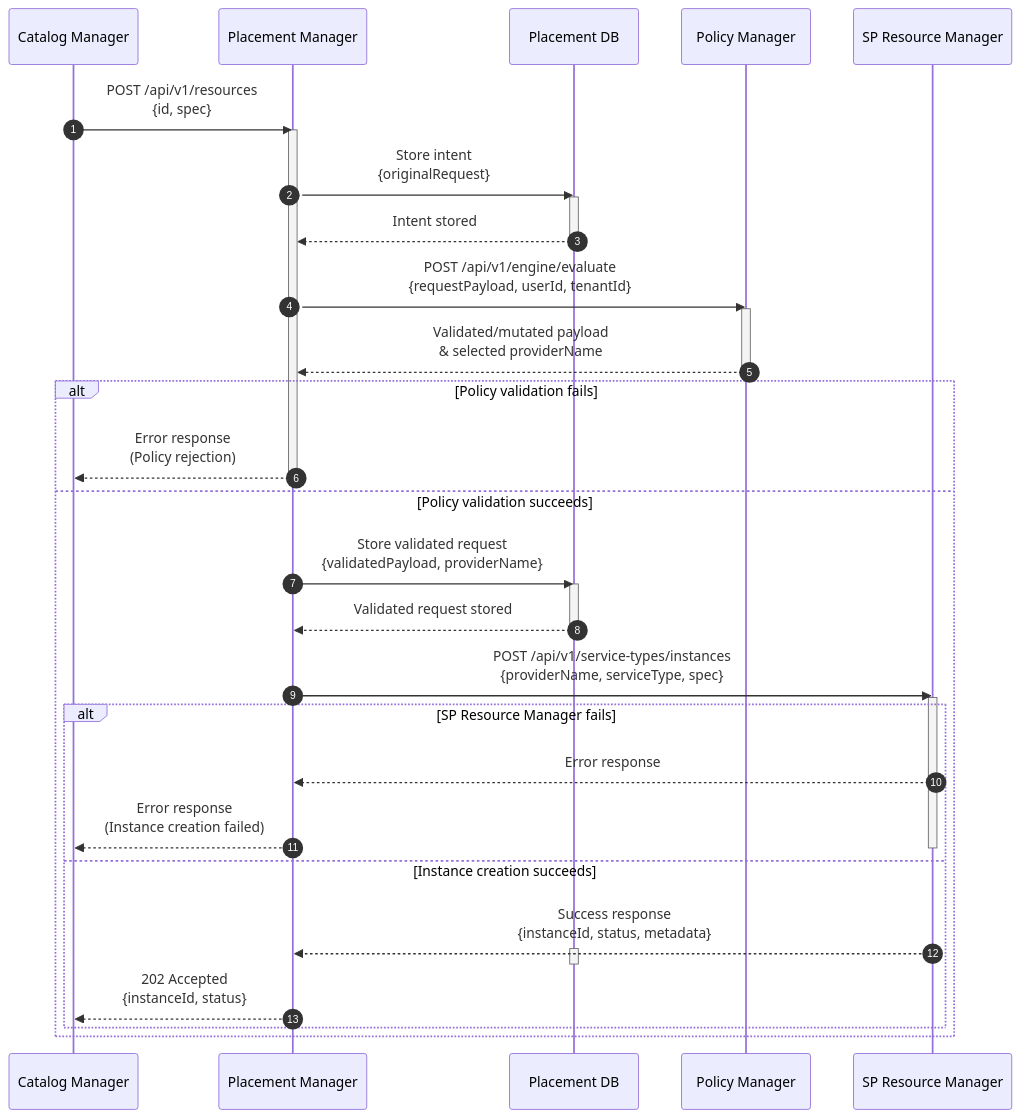
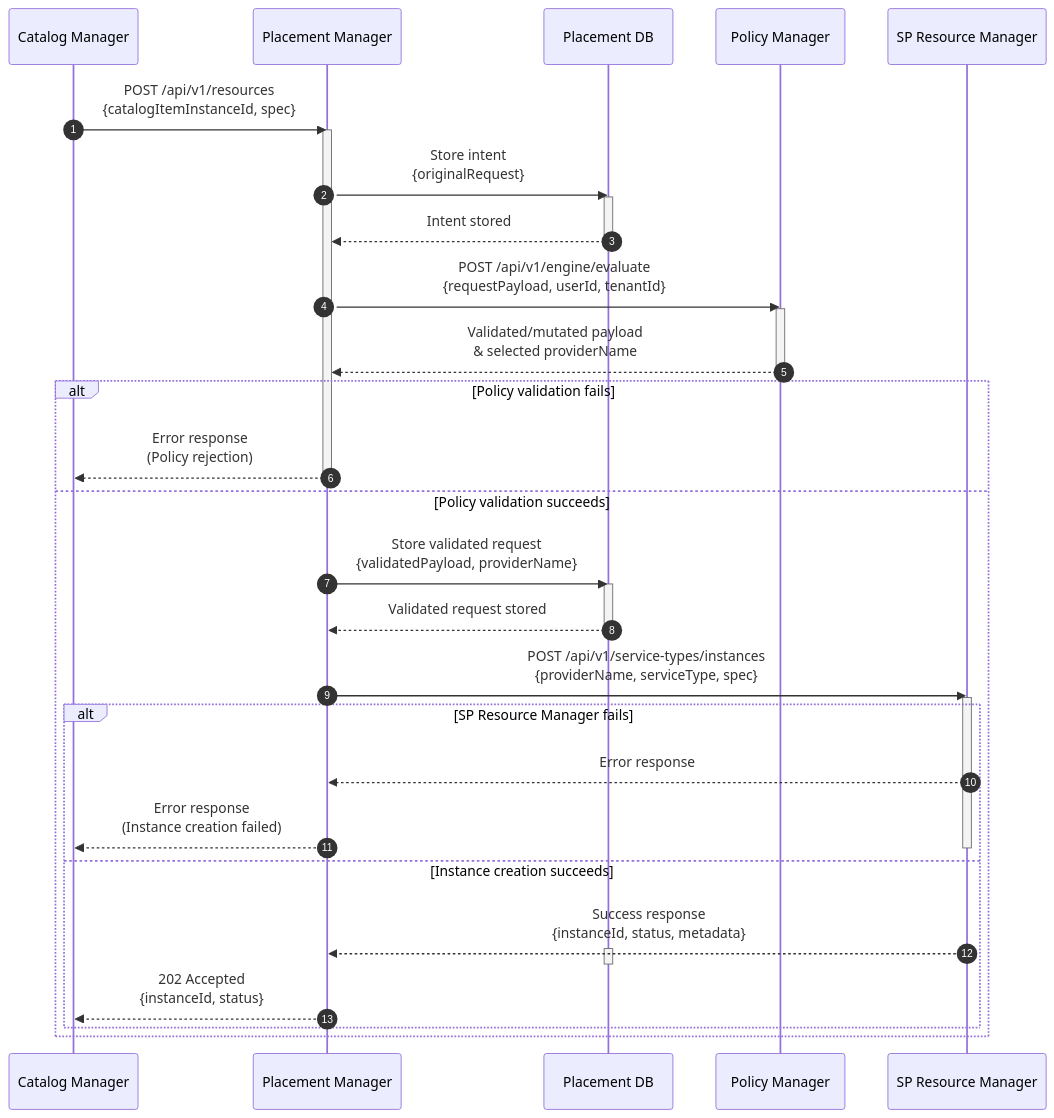
The second of 2 diagrams in enhancements/placement-manager/placement-manager.md (dcm-project/enhancements), drawn with Mermaid before and after one commit. The commit also changed other lines of this file, not shown here.

````diff
--- a/enhancements/placement-manager/placement-manager.md
+++ b/enhancements/placement-manager/placement-manager.md
@@ -286,51 +311,51 @@
 ```mermaid
 sequenceDiagram
     autonumber
     participant CM as Catalog Manager
     participant PM as Placement Manager
     participant DB as Placement DB
     participant PE as Policy Manager
     participant SPRM as SP Resource Manager
 
-    CM->>PM: POST /api/v1/resources<br/>{id, spec}
+    CM->>PM: POST /api/v1/resources<br/>{catalogItemInstanceId, spec}
     activate PM
 
     PM->>DB: Store intent<br/>{originalRequest}
     activate DB
     DB-->>PM: Intent stored
     deactivate DB
 
     PM->>PE: POST /api/v1/engine/evaluate<br/>{requestPayload, userId, tenantId}
     activate PE
 
     PE-->>PM: Validated/mutated payload<br/>& selected providerName
     deactivate PE
 
     alt Policy validation fails
         PM-->>CM: Error response<br/>(Policy rejection)
         deactivate PM
     else Policy validation succeeds
 
         PM->>DB: Store validated request<br/>{validatedPayload, providerName}
         activate DB
         DB-->>PM: Validated request stored
         deactivate DB
 
         PM->>SPRM: POST /api/v1/service-types/instances<br/>{providerName, serviceType, spec}
         activate SPRM
 
         alt SP Resource Manager fails
             SPRM-->>PM: Error response
             PM-->>CM: Error response<br/>(Instance creation failed)
             deactivate SPRM
 
         else Instance creation succeeds
             SPRM-->>PM: Success response<br/>{instanceId, status, metadata}
             activate DB
             deactivate DB
 
             PM-->>CM: 202 Accepted<br/>{instanceId, status}
 
         end
     end
 ```
````
